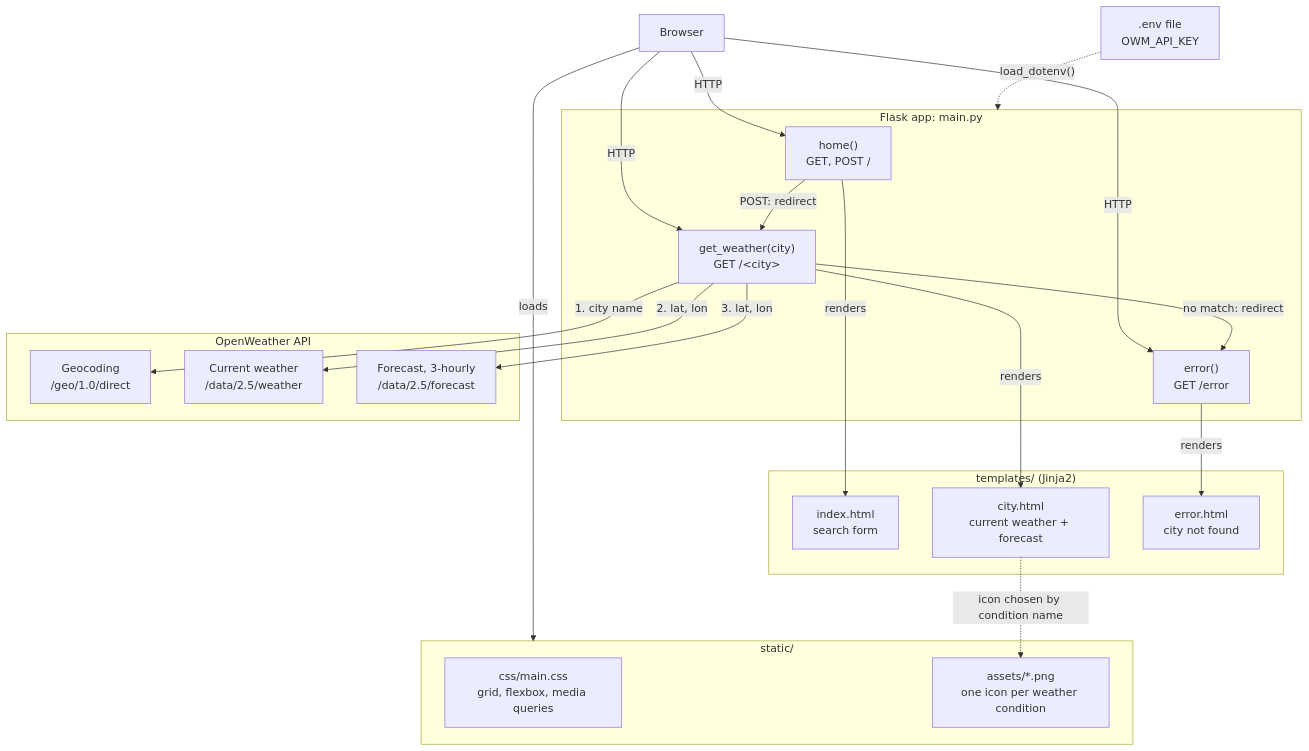
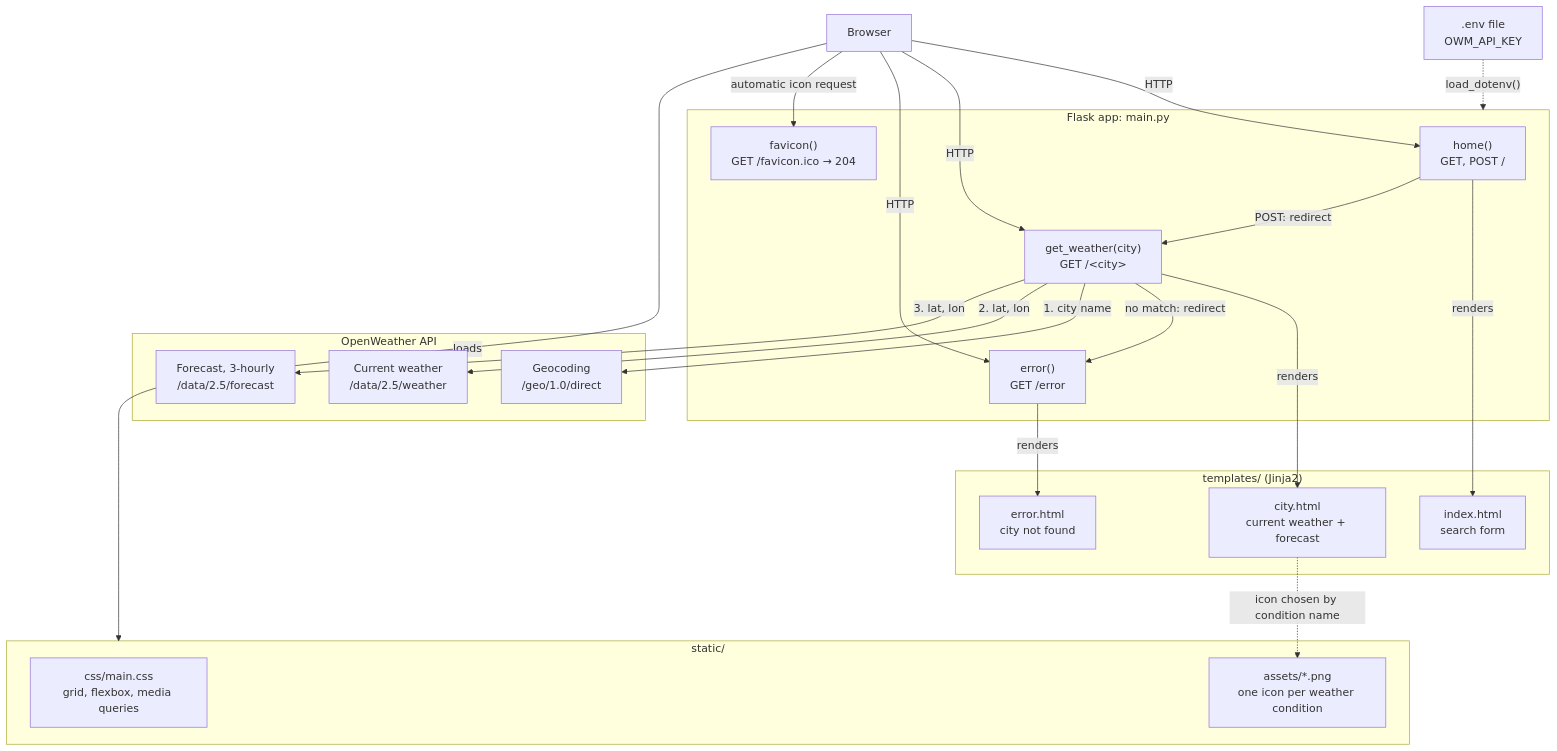
One commit to dpreschel/claude-code-training changed the first of 3 diagrams in exercises/python/weather-app/docs/architecture.md. Above: the diagram before and after it, drawn with Mermaid. The commit also changed other lines of this file and 6 other files, not shown here.

````diff
--- a/exercises/python/weather-app/docs/architecture.md
+++ b/exercises/python/weather-app/docs/architecture.md
@@ -7,46 +7,48 @@
 ```mermaid
 flowchart TD
     Browser["Browser"]
     Env[".env file<br/>OWM_API_KEY"]
 
     subgraph Flask["Flask app: main.py"]
         Home["home()<br/>GET, POST /"]
         Weather["get_weather(city)<br/>GET /#lt;city#gt;"]
         Error["error()<br/>GET /error"]
+        Favicon["favicon()<br/>GET /favicon.ico → 204"]
     end
 
     subgraph Templates["templates/ (Jinja2)"]
         IndexT["index.html<br/>search form"]
         CityT["city.html<br/>current weather + forecast"]
         ErrorT["error.html<br/>city not found"]
     end
 
     subgraph Static["static/"]
         CSS["css/main.css<br/>grid, flexbox, media queries"]
         Icons["assets/*.png<br/>one icon per weather condition"]
     end
 
     subgraph OWM["OpenWeather API"]
         Geo["Geocoding<br/>/geo/1.0/direct"]
         Current["Current weather<br/>/data/2.5/weather"]
         Forecast["Forecast, 3-hourly<br/>/data/2.5/forecast"]
     end
 
     Browser -->|"HTTP"| Home
     Browser -->|"HTTP"| Weather
     Browser -->|"HTTP"| Error
+    Browser -->|"automatic icon request"| Favicon
     Browser -->|"loads"| Static
 
     Home -->|"renders"| IndexT
     Home -->|"POST: redirect"| Weather
     Weather -->|"renders"| CityT
     Weather -->|"no match: redirect"| Error
     Error -->|"renders"| ErrorT
 
     Weather -->|"1. city name"| Geo
     Weather -->|"2. lat, lon"| Current
     Weather -->|"3. lat, lon"| Forecast
 
     Env -.->|"load_dotenv()"| Flask
     CityT -.->|"icon chosen by condition name"| Icons
 ```
````
